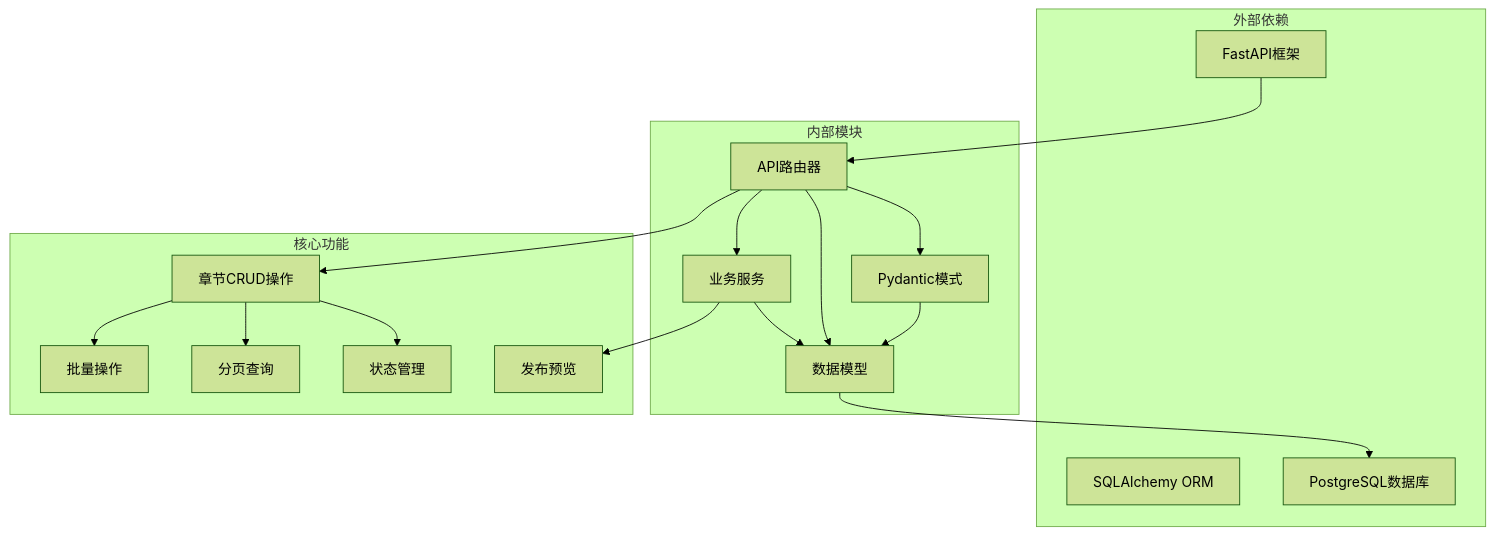
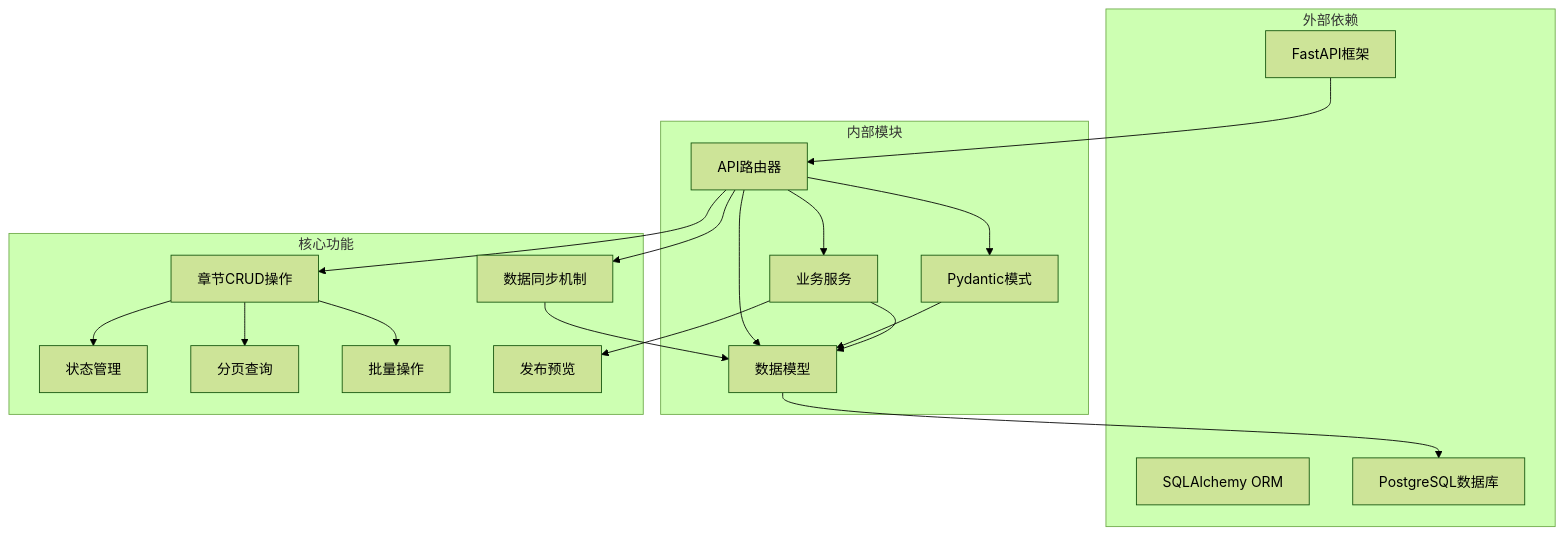
One commit to xfbyxq/ai-novel-system changed the ninth of 9 diagrams in .qoder/repowiki/zh/content/API接口文档/章节管理API.md. Above: the diagram before and after it, drawn with Mermaid (forest theme). The commit also changed other lines of this file and 84 other files, not shown here.

````diff
--- a/.qoder/repowiki/zh/content/API接口文档/章节管理API.md
+++ b/.qoder/repowiki/zh/content/API接口文档/章节管理API.md
@@ -364,33 +502,36 @@
 ```mermaid
 graph TB
 subgraph "外部依赖"
 FastAPI[FastAPI框架]
 SQLAlchemy[SQLAlchemy ORM]
 PostgreSQL[PostgreSQL数据库]
 end
 subgraph "内部模块"
 API_Router[API路由器]
 Schemas[Pydantic模式]
 Models[数据模型]
 Services[业务服务]
 end
 subgraph "核心功能"
 ChapterCRUD[章节CRUD操作]
 StatusManagement[状态管理]
 Pagination[分页查询]
 BatchOperations[批量操作]
 PublishingPreview[发布预览]
+DataSync[数据同步机制]
 end
 FastAPI --> API_Router
 API_Router --> Schemas
 API_Router --> Models
 API_Router --> Services
 Schemas --> Models
 Services --> Models
 Models --> PostgreSQL
 API_Router --> ChapterCRUD
 ChapterCRUD --> StatusManagement
 ChapterCRUD --> Pagination
 ChapterCRUD --> BatchOperations
 Services --> PublishingPreview
+API_Router --> DataSync
+DataSync --> Models
 ```
````
